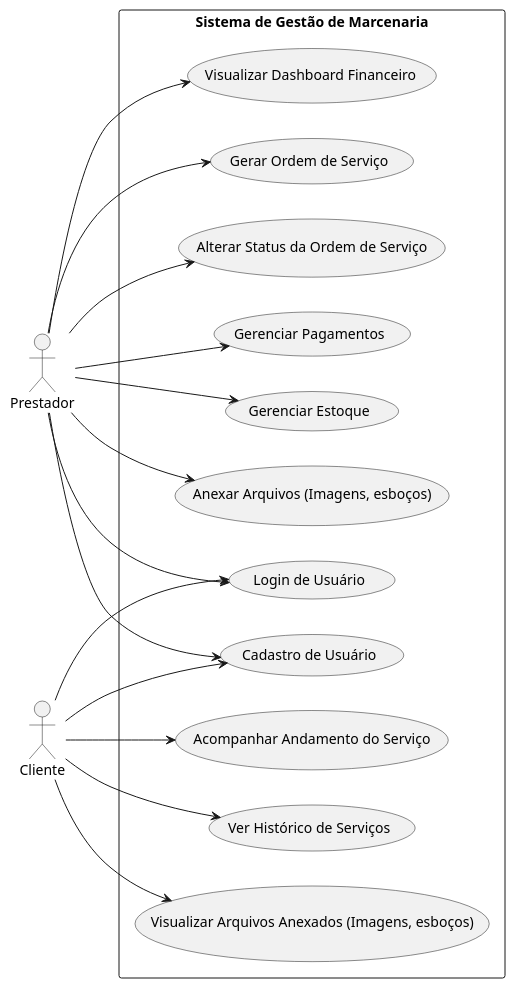
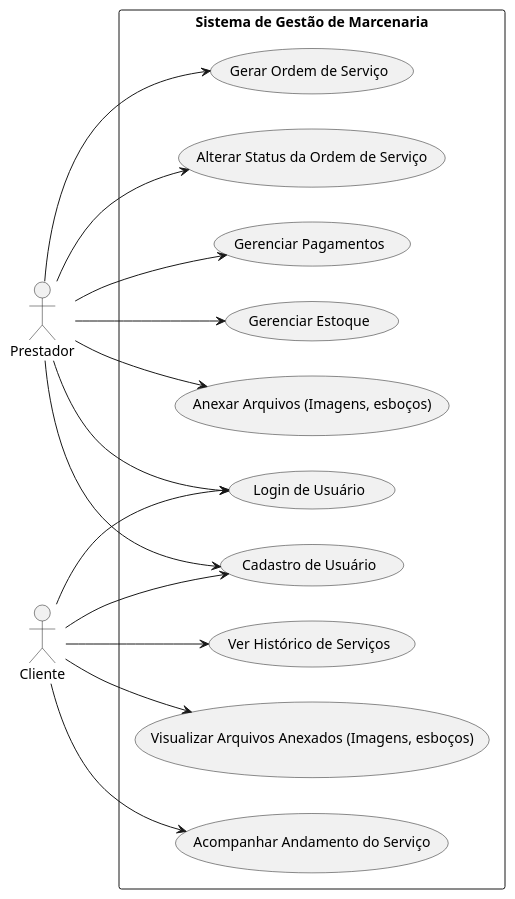
The diagram in docs/diagrams/useCase/usecases.plantuml (willsf2021/Projeto-Integrador-2-SEM), drawn with PlantUML before and after one commit. The commit also changed 24 other files, not shown here.

```diff
--- a/docs/diagrams/useCase/usecases.plantuml
+++ b/docs/diagrams/useCase/usecases.plantuml
@@ -1,39 +1,38 @@
 @startuml
 left to right direction
 skinparam packageStyle rectangle
 
 actor Prestador
 actor Cliente
 
 package "Sistema de Gestão de Marcenaria" {
   
   usecase "Cadastro de Usuário" as UC01
   usecase "Login de Usuário" as UC02
   usecase "Gerar Ordem de Serviço" as UC03
   usecase "Alterar Status da Ordem de Serviço" as UC04
   usecase "Gerenciar Pagamentos" as UC05
   usecase "Gerenciar Estoque" as UC06
   usecase "Anexar Arquivos (Imagens, esboços)" as UC07
   usecase "Acompanhar Andamento do Serviço" as UC08
   usecase "Ver Histórico de Serviços" as UC09
-  usecase "Visualizar Dashboard Financeiro" as UC10
+
   usecase "Visualizar Arquivos Anexados (Imagens, esboços)" as UC11
 }
 
 Prestador --> UC01
 Prestador --> UC02
 Prestador --> UC03
 Prestador --> UC04
 Prestador --> UC05
 Prestador --> UC06
 Prestador --> UC07
-Prestador --> UC10
 
 
 Cliente --> UC01
 Cliente --> UC02
 Cliente --> UC08
 Cliente --> UC09
 Cliente --> UC11
 
 @enduml
```
